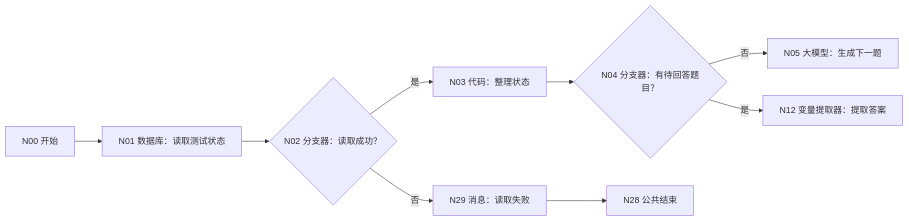
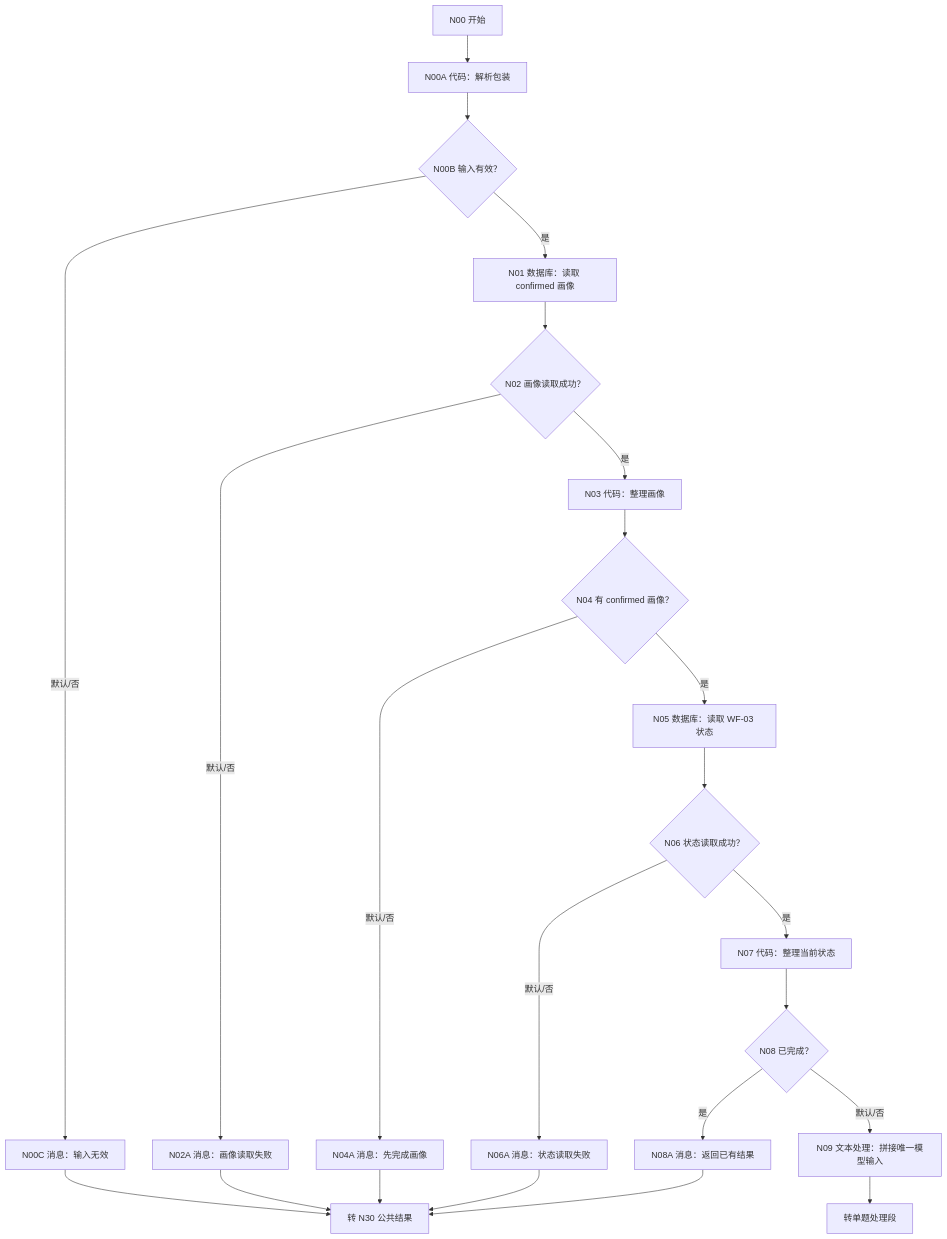
Before and after one commit to caoyue0115/university-life-planning-simulator: the first of 3 diagrams in docs/workflows/WF-03-survival-adventure.md, drawn with Mermaid. The commit also changed other lines of this file and 15 other files, not shown here.

````diff
--- a/docs/workflows/WF-03-survival-adventure.md
+++ b/docs/workflows/WF-03-survival-adventure.md
@@ -22,11 +33,25 @@
 ```mermaid
-flowchart LR
-    N00["N00 开始"] --> N01["N01 数据库：读取测试状态"]
-    N01 --> N02{"N02 分支器：读取成功？"}
-    N02 -->|否| N29["N29 消息：读取失败"]
-    N02 -->|是| N03["N03 代码：整理状态"]
-    N03 --> N04{"N04 分支器：有待回答题目？"}
-    N04 -->|否| N05["N05 大模型：生成下一题"]
-    N04 -->|是| N12["N12 变量提取器：提取答案"]
-    N29 --> N28["N28 公共结束"]
+flowchart TD
+    N00["N00 开始"] --> N00A["N00A 代码：解析包装"]
+    N00A --> N00B{"N00B 输入有效？"}
+    N00B -->|默认/否| N00C["N00C 消息：输入无效"]
+    N00B -->|是| N01["N01 数据库：读取 confirmed 画像"]
+    N01 --> N02{"N02 画像读取成功？"}
+    N02 -->|默认/否| N02A["N02A 消息：画像读取失败"]
+    N02 -->|是| N03["N03 代码：整理画像"]
+    N03 --> N04{"N04 有 confirmed 画像？"}
+    N04 -->|默认/否| N04A["N04A 消息：先完成画像"]
+    N04 -->|是| N05["N05 数据库：读取 WF-03 状态"]
+    N05 --> N06{"N06 状态读取成功？"}
+    N06 -->|默认/否| N06A["N06A 消息：状态读取失败"]
+    N06 -->|是| N07["N07 代码：整理当前状态"]
+    N07 --> N08{"N08 已完成？"}
+    N08 -->|是| N08A["N08A 消息：返回已有结果"]
+    N08 -->|默认/否| N09["N09 文本处理：拼接唯一模型输入"]
+    N00C --> R["转 N30 公共结果"]
+    N02A --> R
+    N04A --> R
+    N06A --> R
+    N08A --> R
+    N09 --> R2["转单题处理段"]
 ```
````
